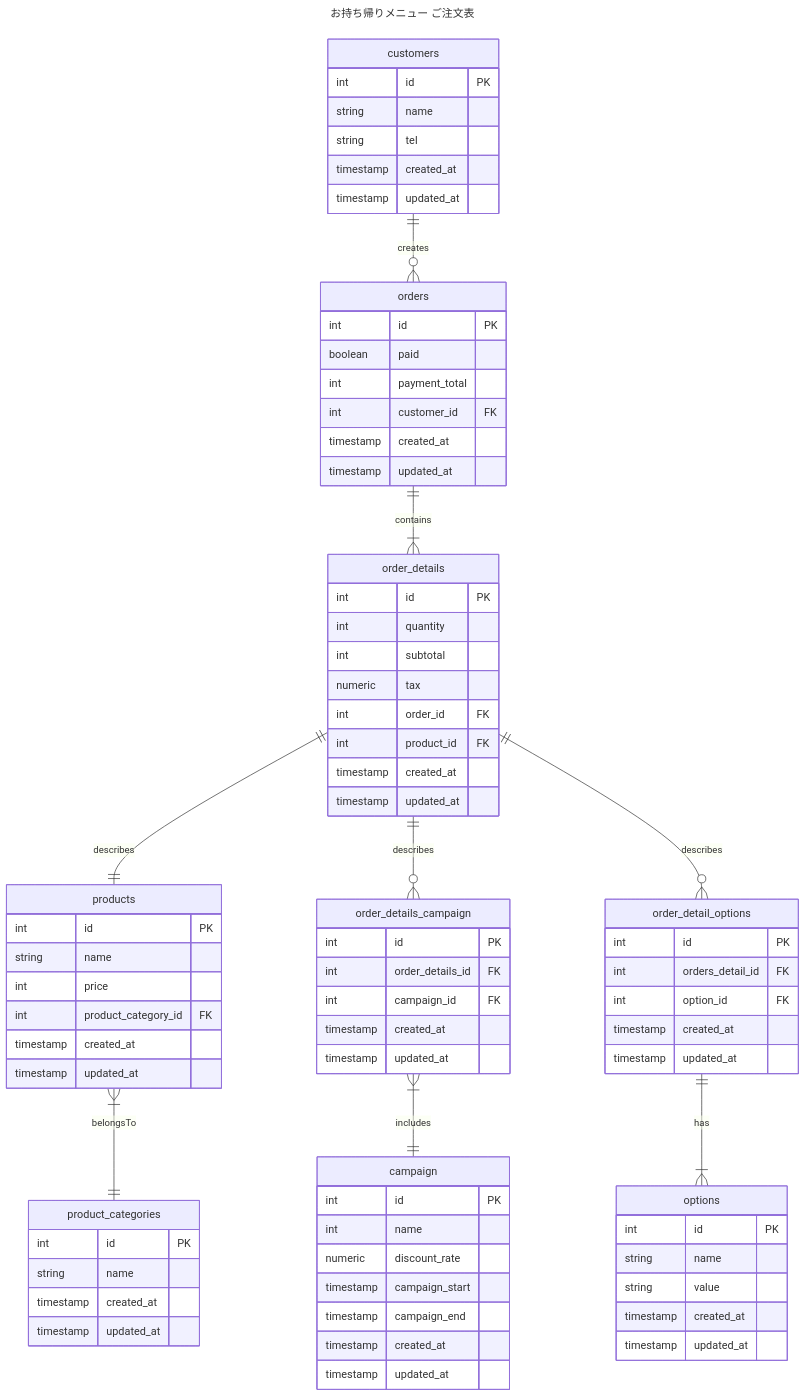
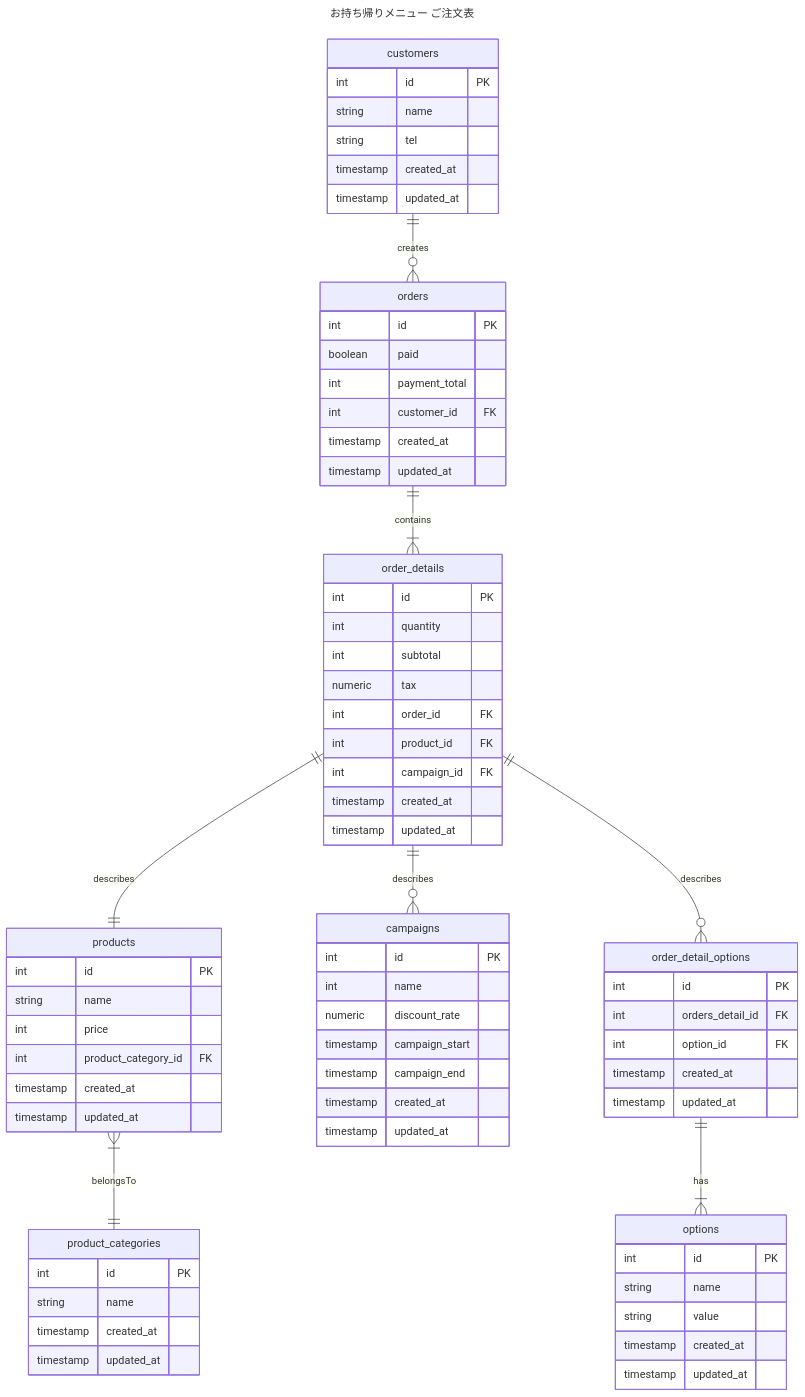
The diagram in db/modeling/1/2-3.md (ttakuma17/til), drawn with Mermaid before and after one commit. The commit also changed 3 other files, not shown here.

```diff
--- a/db/modeling/1/2-3.md
+++ b/db/modeling/1/2-3.md
@@ -44,10 +44,11 @@
         numeric tax
         int order_id FK
         int product_id FK
+        int campaign_id FK
         timestamp created_at
         timestamp updated_at
     }
-    campaign {
+    campaigns {
         int id PK
         int name
         numeric discount_rate
@@ -56,15 +57,7 @@
         timestamp created_at
         timestamp updated_at
     }
-    order_details ||--o{ order_details_campaign : describes
-    order_details_campaign }|--|| campaign: includes
-    order_details_campaign {
-        int id PK
-        int order_details_id FK
-        int campaign_id FK
-        timestamp created_at
-        timestamp updated_at
-    }
+    order_details ||--o{ campaigns : describes
     products {
         int id PK
         string name
```
